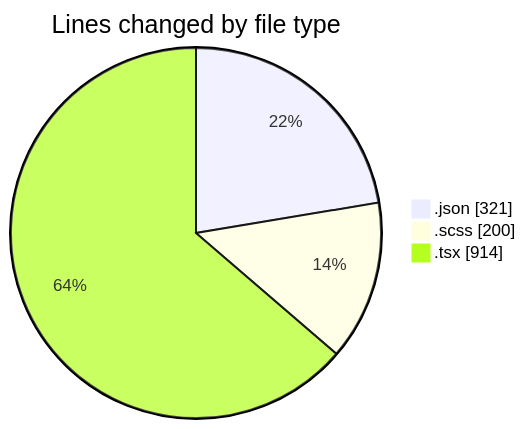
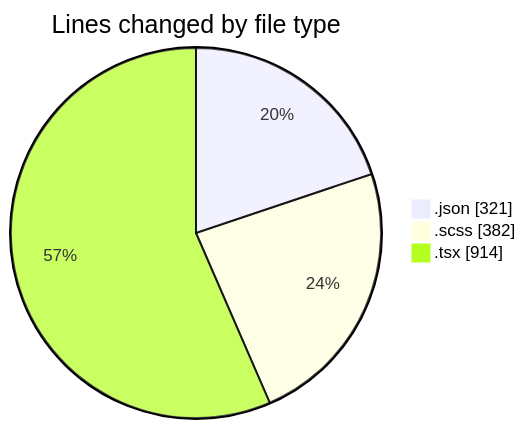
The first of 2 diagrams in 2026-04-20/cda/README.md (momahboobian/code-tracking), drawn with Mermaid before and after one commit. The commit also changed other lines of this file and 1 other file, not shown here.

````diff
--- a/2026-04-20/cda/README.md
+++ b/2026-04-20/cda/README.md
@@ -27,7 +27,7 @@
 ```mermaid
 pie showData
 title Lines changed by file type
 ".json" : 321
-".scss" : 200
+".scss" : 382
 ".tsx" : 914
 ```
````
